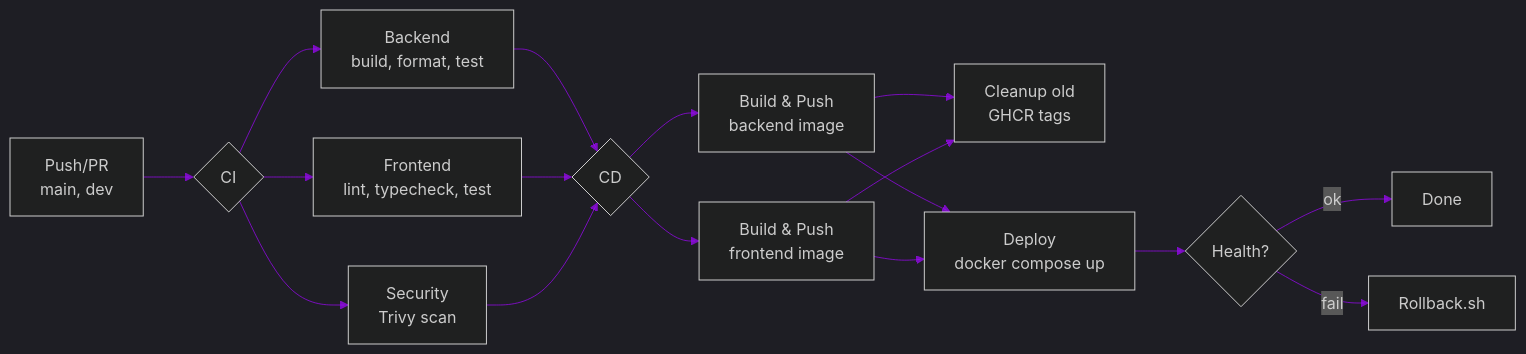
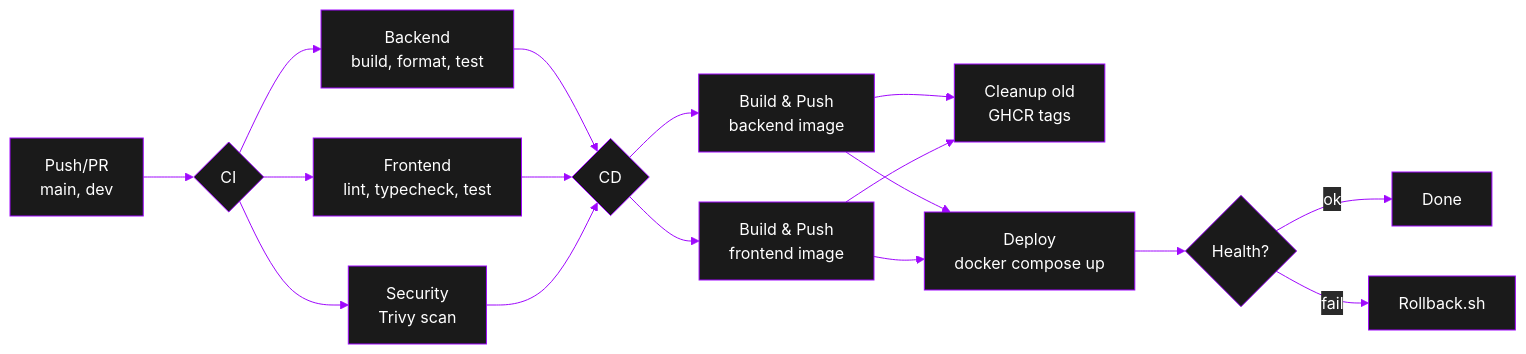
Before and after one commit to alanarzumanjan/SmartAnimalShelter: the diagram in .github/Deployment.md, drawn with Mermaid.

Commit message:
Theme changes

````diff
--- a/.github/Deployment.md
+++ b/.github/Deployment.md
@@ -89,24 +89,29 @@
 ```mermaid
 %%{init: {
-  'theme': 'dark',
+  'theme': 'base',
   'themeVariables': {
-    'background': 'transparent',
-    'primaryBorderColor': '#9f08fdb2',
-    'lineColor': '#9f08fdb2',
-    'tertiaryColor': '#1e1e1e'
+    'primaryColor': '#1a1a1a',
+    'primaryBorderColor': '#9f08fd',
+    'primaryTextColor': '#fff',
+    'lineColor': '#9f08fd',
+    'secondaryColor': '#2a2a2a',
+    'tertiaryColor': '#1e1e1e',
+    'noteBkgColor': '#2a2a2a',
+    'noteTextColor': '#fff',
+    'fontFamily': 'monospace'
   }
 }}%%
 flowchart LR
     A[Push/PR<br/>main, dev] --> B{CI}
     B --> C[Backend<br/>build, format, test]
     B --> D[Frontend<br/>lint, typecheck, test]
     B --> E[Security<br/>Trivy scan]
     C & D & E --> F{CD}
     F --> G[Build & Push<br/>backend image]
     F --> H[Build & Push<br/>frontend image]
     G & H --> I[Cleanup old<br/>GHCR tags]
     G & H --> J[Deploy<br/>docker compose up]
     J --> K{Health?}
     K -->|ok| L[Done]
     K -->|fail| M[Rollback.sh]
 ```
````
